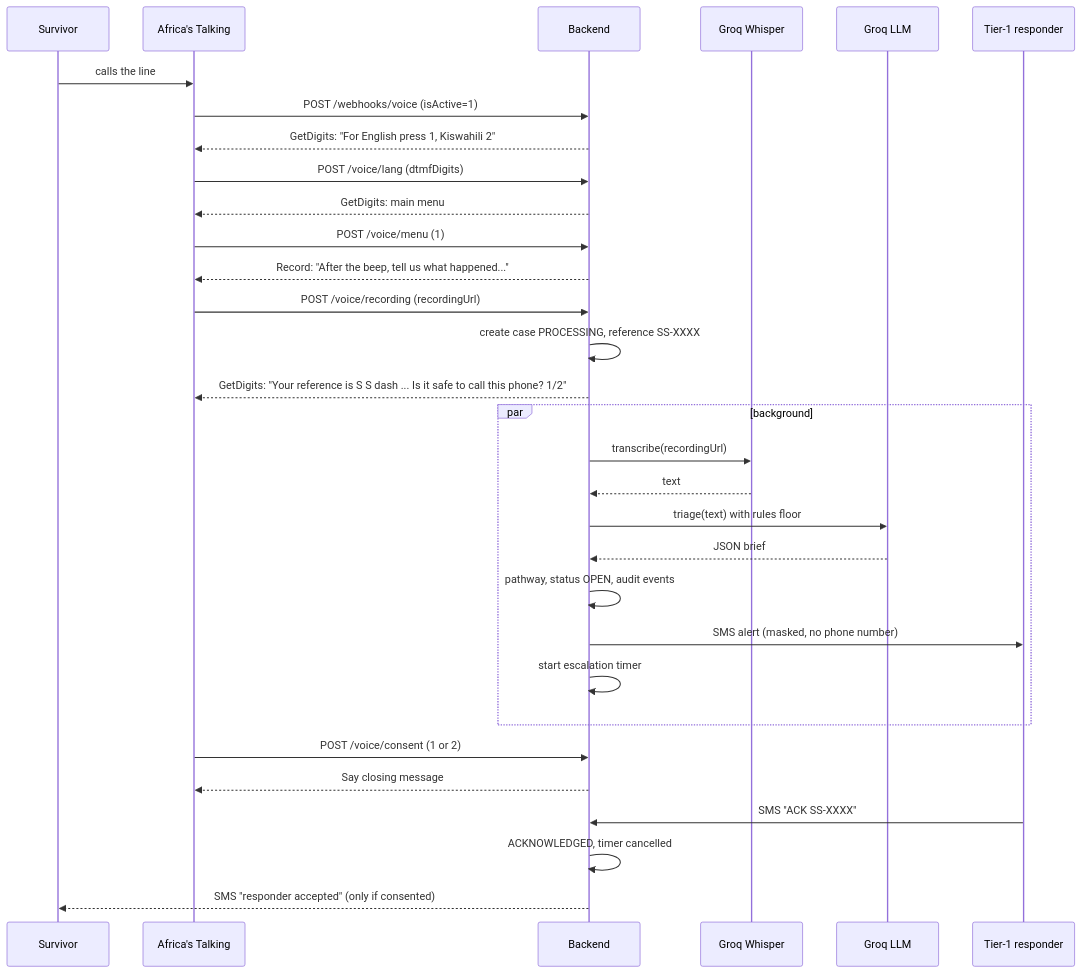
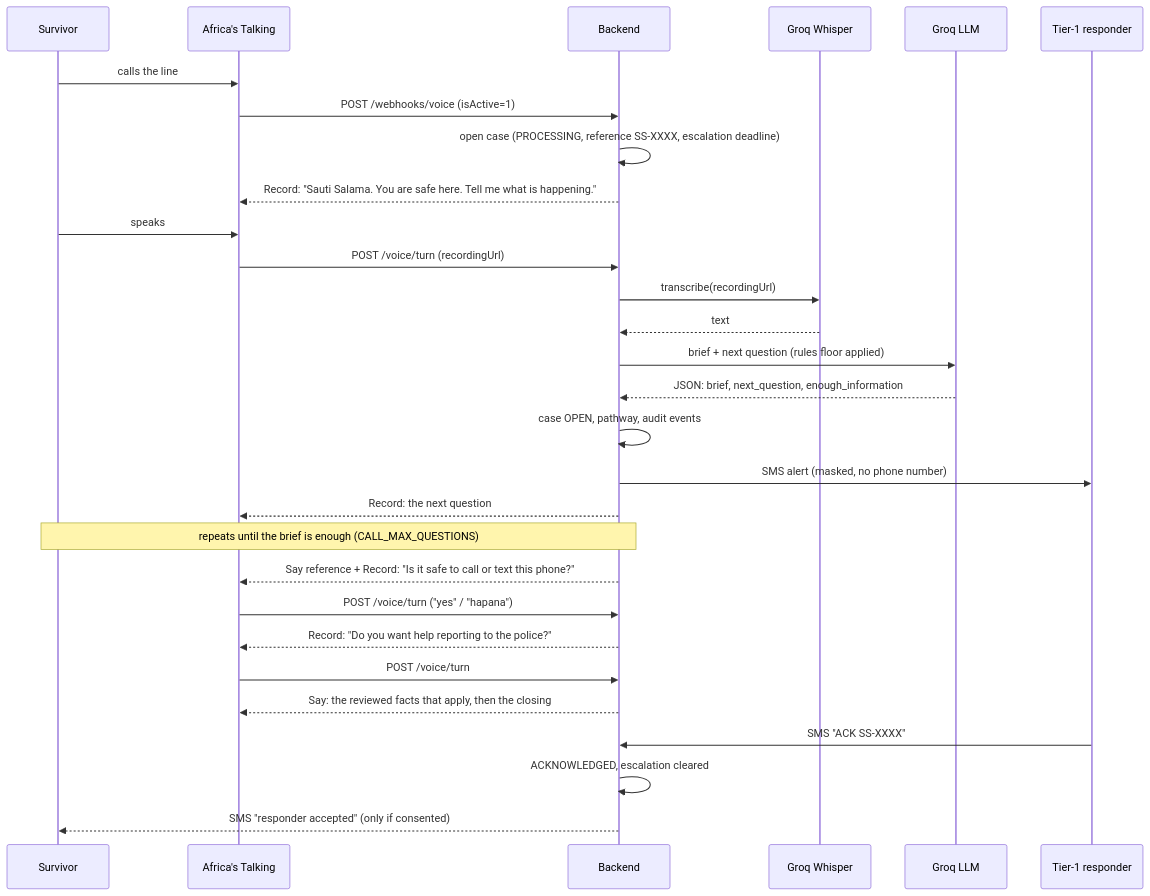
One commit to swiftkimani/sauti-salama changed the second of 6 diagrams in docs/ARCHITECTURE.md. Above: the diagram before and after it, drawn with Mermaid. The commit also changed other lines of this file and 74 other files, not shown here.

````diff
--- a/docs/ARCHITECTURE.md
+++ b/docs/ARCHITECTURE.md
@@ -39,33 +40,31 @@
 ```mermaid
 sequenceDiagram
   participant S as Survivor
   participant AT as Africa's Talking
   participant B as Backend
   participant W as Groq Whisper
   participant C as Groq LLM
   participant R as Tier-1 responder
   S->>AT: calls the line
   AT->>B: POST /webhooks/voice (isActive=1)
-  B-->>AT: GetDigits: "For English press 1, Kiswahili 2"
-  AT->>B: POST /voice/lang (dtmfDigits)
-  B-->>AT: GetDigits: main menu
-  AT->>B: POST /voice/menu (1)
-  B-->>AT: Record: "After the beep, tell us what happened..."
-  AT->>B: POST /voice/recording (recordingUrl)
-  B->>B: create case PROCESSING, reference SS-XXXX
-  B-->>AT: GetDigits: "Your reference is S S dash ... Is it safe to call this phone? 1/2"
-  par background
-    B->>W: transcribe(recordingUrl)
-    W-->>B: text
-    B->>C: triage(text) with rules floor
-    C-->>B: JSON brief
-    B->>B: pathway, status OPEN, audit events
-    B->>R: SMS alert (masked, no phone number)
-    B->>B: start escalation timer
-  end
-  AT->>B: POST /voice/consent (1 or 2)
-  B-->>AT: Say closing message
+  B->>B: open case (PROCESSING, reference SS-XXXX, escalation deadline)
+  B-->>AT: Record: "Sauti Salama. You are safe here. Tell me what is happening."
+  S->>AT: speaks
+  AT->>B: POST /voice/turn (recordingUrl)
+  B->>W: transcribe(recordingUrl)
+  W-->>B: text
+  B->>C: brief + next question (rules floor applied)
+  C-->>B: JSON: brief, next_question, enough_information
+  B->>B: case OPEN, pathway, audit events
+  B->>R: SMS alert (masked, no phone number)
+  B-->>AT: Record: the next question
+  Note over S,B: repeats until the brief is enough (CALL_MAX_QUESTIONS)
+  B-->>AT: Say reference + Record: "Is it safe to call or text this phone?"
+  AT->>B: POST /voice/turn ("yes" / "hapana")
+  B-->>AT: Record: "Do you want help reporting to the police?"
+  AT->>B: POST /voice/turn
+  B-->>AT: Say: the reviewed facts that apply, then the closing
   R->>B: SMS "ACK SS-XXXX"
-  B->>B: ACKNOWLEDGED, timer cancelled
+  B->>B: ACKNOWLEDGED, escalation cleared
   B-->>S: SMS "responder accepted" (only if consented)
 ```
````
